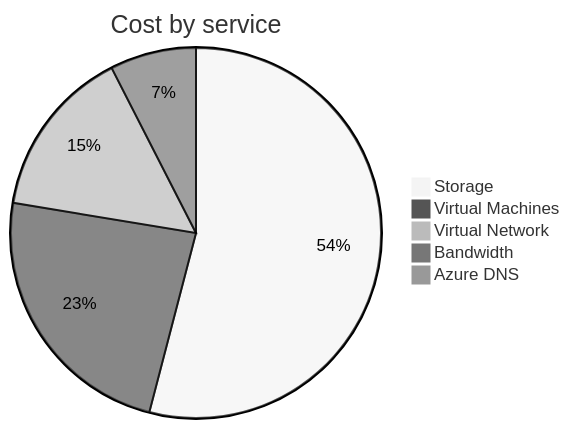
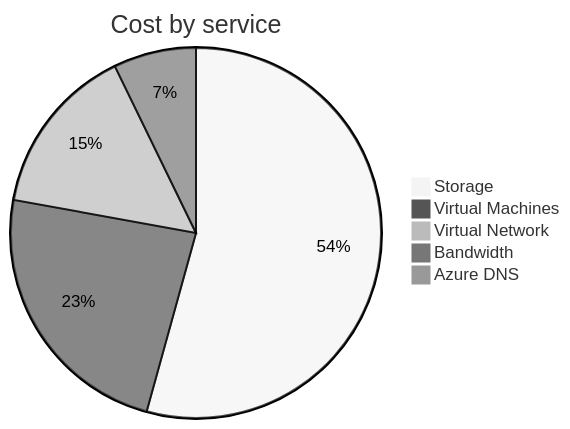
The second of 4 diagrams in cost-reports/personal-network/README.md (jpfulton/azure-personal-reports), drawn with Mermaid (neutral theme) before and after one commit. The commit also changed other lines of this file and 8 other files, not shown here.

````diff
--- a/cost-reports/personal-network/README.md
+++ b/cost-reports/personal-network/README.md
@@ -97,9 +97,9 @@
 ```mermaid
 pie
    title Cost by service
-   "Storage" : 19.12
-   "Virtual Machines" : 8.33
-   "Virtual Network" : 5.26
+   "Storage" : 20.04
+   "Virtual Machines" : 8.70
+   "Virtual Network" : 5.51
    "Bandwidth" : 2.66
-   "Azure DNS" : 0.35
+   "Azure DNS" : 0.37
 ```
````
